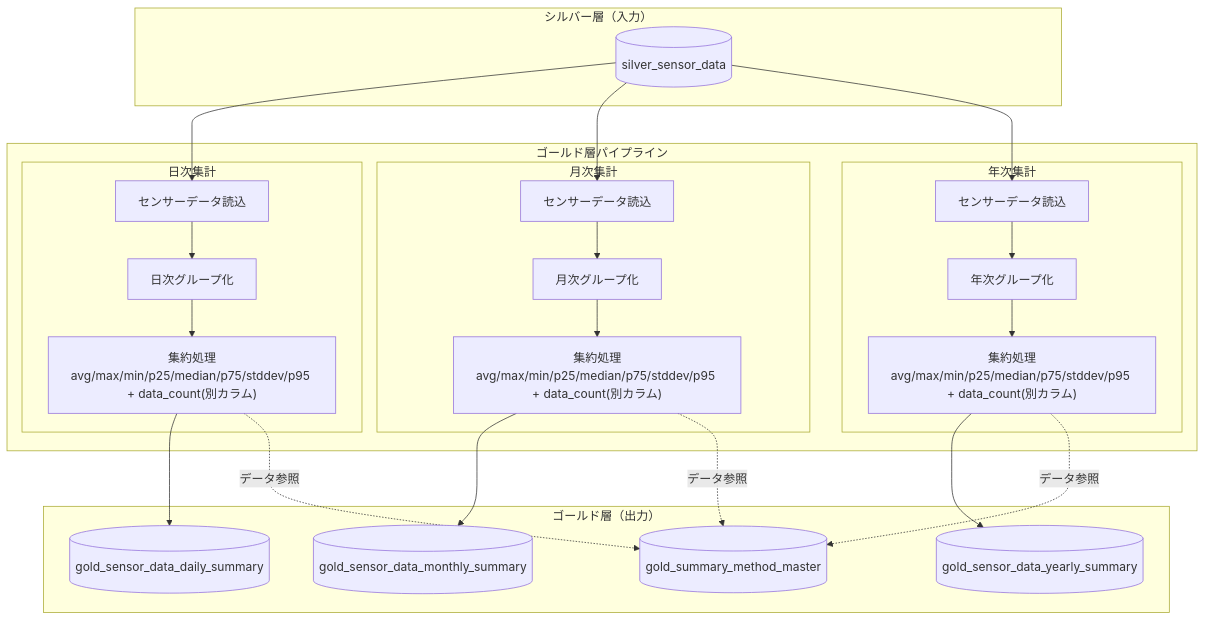
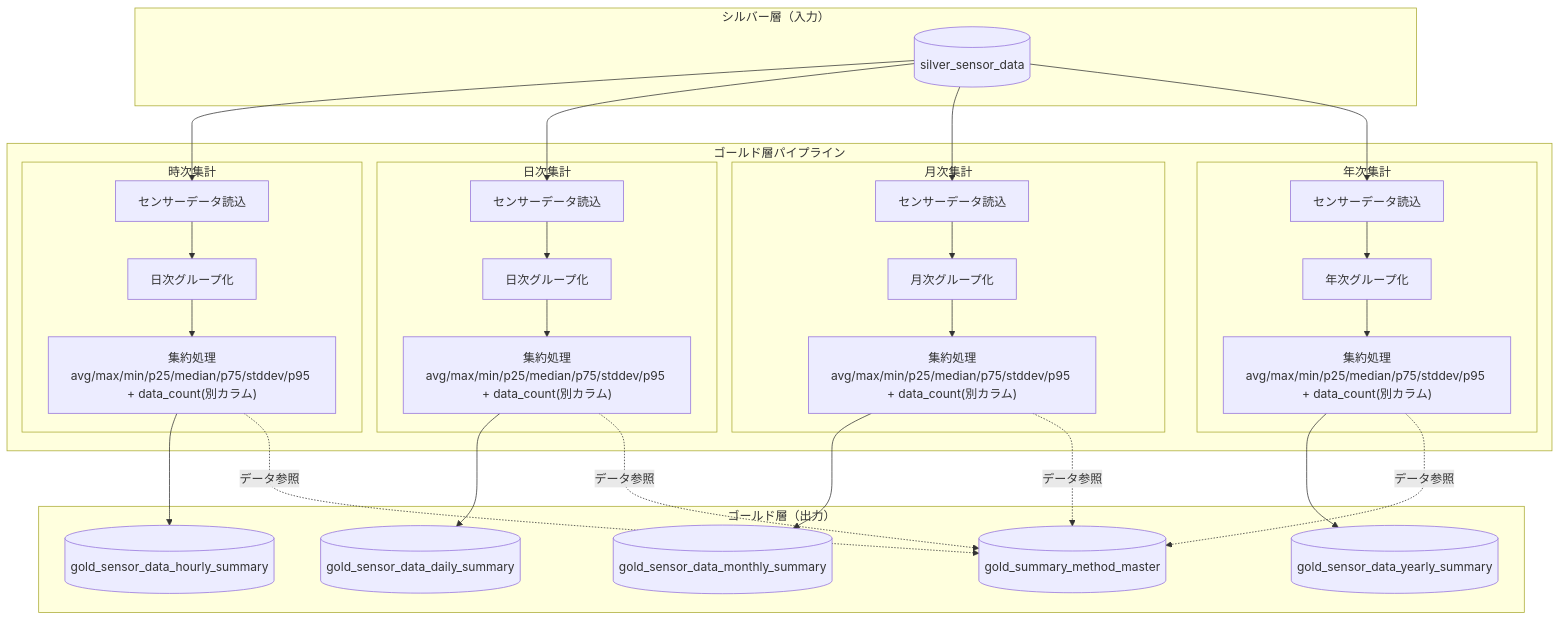
One commit to NSW-SVCP-AIWG002/Databricks-IoT changed the diagram in docs/03-features/ldp-pipeline/gold_layer/README.md. Above: the diagram before and after it, drawn with Mermaid. The commit also changed other lines of this file and 3 other files, not shown here.

````diff
--- a/docs/03-features/ldp-pipeline/gold_layer/README.md
+++ b/docs/03-features/ldp-pipeline/gold_layer/README.md
@@ -133,45 +151,56 @@
 ```mermaid
 flowchart TB
     subgraph Silver["シルバー層（入力）"]
         SensorData[(silver_sensor_data)]
     end
 
     subgraph Pipeline["ゴールド層パイプライン"]
+        subgraph Hourly["時次集計"]
+            H_Read[センサーデータ読込]
+            H_Group[日次グループ化]
+            H_Agg["集約処理<br>avg/max/min/p25/median/p75/stddev/p95 + data_count(別カラム)"]
+        end
+
         subgraph Daily["日次集計"]
             D_Read[センサーデータ読込]
             D_Group[日次グループ化]
             D_Agg["集約処理<br>avg/max/min/p25/median/p75/stddev/p95 + data_count(別カラム)"]
         end
 
         subgraph Monthly["月次集計"]
             M_Read[センサーデータ読込]
             M_Group[月次グループ化]
             M_Agg["集約処理<br>avg/max/min/p25/median/p75/stddev/p95 + data_count(別カラム)"]
         end
 
         subgraph Yearly["年次集計"]
             Y_Read[センサーデータ読込]
             Y_Group[年次グループ化]
             Y_Agg["集約処理<br>avg/max/min/p25/median/p75/stddev/p95 + data_count(別カラム)"]
         end
     end
 
     subgraph Gold["ゴールド層（出力）"]
+        GoldHourly[(gold_sensor_data_hourly_summary)]
         GoldDaily[(gold_sensor_data_daily_summary)]
         GoldMonthly[(gold_sensor_data_monthly_summary)]
         GoldYearly[(gold_sensor_data_yearly_summary)]
         GoldMethod[(gold_summary_method_master)]
     end
+
+    SensorData --> H_Read
+    H_Read --> H_Group --> H_Agg --> GoldHourly
+    H_Agg -.-> |データ参照| GoldMethod    
 
     SensorData --> D_Read
     D_Read --> D_Group --> D_Agg --> GoldDaily
     D_Agg -.-> |データ参照| GoldMethod
 
     SensorData --> M_Read
     M_Read --> M_Group --> M_Agg --> GoldMonthly
     M_Agg -.-> |データ参照| GoldMethod
     
     SensorData --> Y_Read
     Y_Read --> Y_Group --> Y_Agg --> GoldYearly
     Y_Agg -.-> |データ参照| GoldMethod
 ```
````
